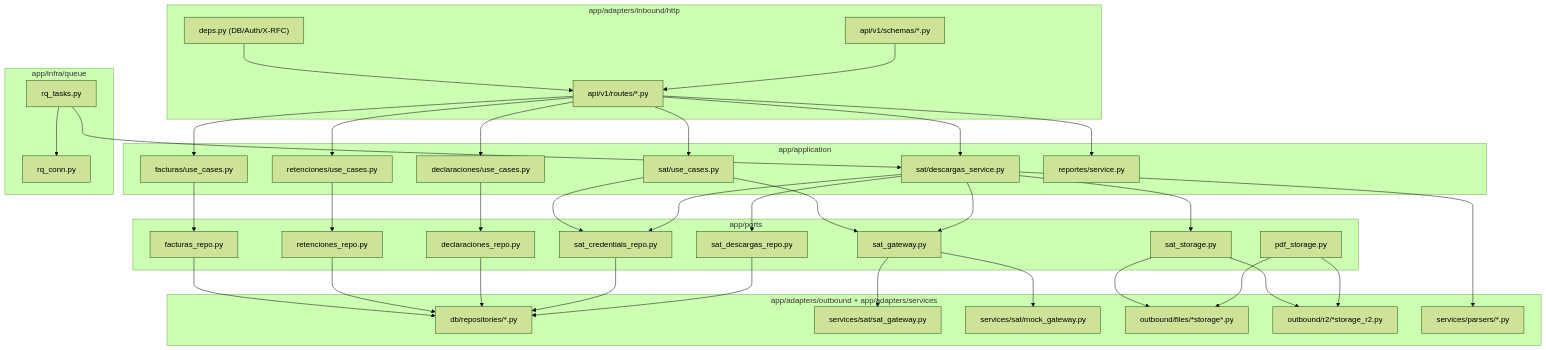
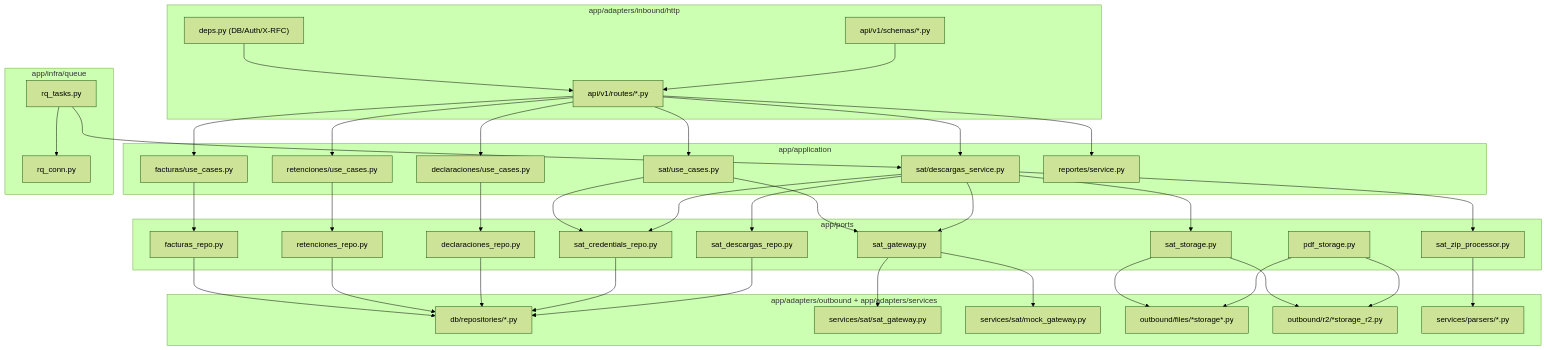
The second of 3 diagrams in cfdi-api/ARQUITECTURA.md (dczunigap/cfdi_app), drawn with Mermaid (forest theme) before and after one commit. The commit also changed other lines of this file and 7 other files, not shown here.

````diff
--- a/cfdi-api/ARQUITECTURA.md
+++ b/cfdi-api/ARQUITECTURA.md
@@ -44,76 +44,78 @@
 ```mermaid
 flowchart TB
     subgraph API["app/adapters/inbound/http"]
       Routes["api/v1/routes/*.py"]
       Deps["deps.py (DB/Auth/X-RFC)"]
       Schemas["api/v1/schemas/*.py"]
     end
 
     subgraph APP["app/application"]
       UC_F["facturas/use_cases.py"]
       UC_RET["retenciones/use_cases.py"]
       UC_DEC["declaraciones/use_cases.py"]
       UC_SAT["sat/use_cases.py"]
       SVC_SAT["sat/descargas_service.py"]
       SVC_REP["reportes/service.py"]
     end
 
     subgraph PORTS["app/ports"]
       P_FACT["facturas_repo.py"]
       P_RET["retenciones_repo.py"]
       P_DEC["declaraciones_repo.py"]
       P_SAT_GW["sat_gateway.py"]
       P_SAT_CRED["sat_credentials_repo.py"]
       P_SAT_DESC["sat_descargas_repo.py"]
       P_SAT_ST["sat_storage.py"]
+      P_SAT_ZIP["sat_zip_processor.py"]
       P_PDF_ST["pdf_storage.py"]
     end
 
     subgraph OUT["app/adapters/outbound + app/adapters/services"]
       SQL["db/repositories/*.py"]
       SOAP["services/sat/sat_gateway.py"]
       MOCK["services/sat/mock_gateway.py"]
       ST_FS["outbound/files/*storage*.py"]
       ST_R2["outbound/r2/*storage_r2.py"]
       PARSERS["services/parsers/*.py"]
     end
 
     subgraph INFRA["app/infra/queue"]
       RQTasks["rq_tasks.py"]
       RQConn["rq_conn.py"]
     end
 
     Routes --> UC_F
     Routes --> UC_RET
     Routes --> UC_DEC
     Routes --> UC_SAT
     Routes --> SVC_SAT
     Routes --> SVC_REP
     Deps --> Routes
     Schemas --> Routes
 
     UC_F --> P_FACT
     UC_RET --> P_RET
     UC_DEC --> P_DEC
     UC_SAT --> P_SAT_GW
     UC_SAT --> P_SAT_CRED
     SVC_SAT --> P_SAT_GW
     SVC_SAT --> P_SAT_CRED
     SVC_SAT --> P_SAT_DESC
     SVC_SAT --> P_SAT_ST
+    SVC_SAT --> P_SAT_ZIP
 
     P_FACT --> SQL
     P_RET --> SQL
     P_DEC --> SQL
     P_SAT_CRED --> SQL
     P_SAT_DESC --> SQL
     P_SAT_GW --> SOAP
     P_SAT_GW --> MOCK
     P_SAT_ST --> ST_FS
     P_SAT_ST --> ST_R2
+    P_SAT_ZIP --> PARSERS
     P_PDF_ST --> ST_FS
     P_PDF_ST --> ST_R2
-    SVC_SAT --> PARSERS
     RQTasks --> SVC_SAT
     RQTasks --> RQConn
 ```
````
